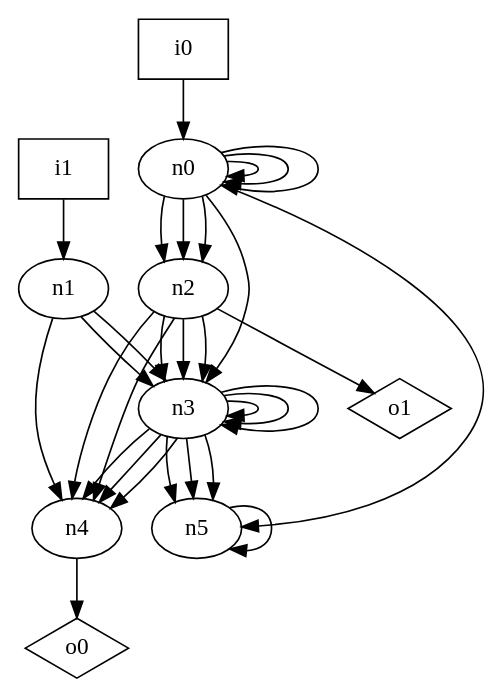
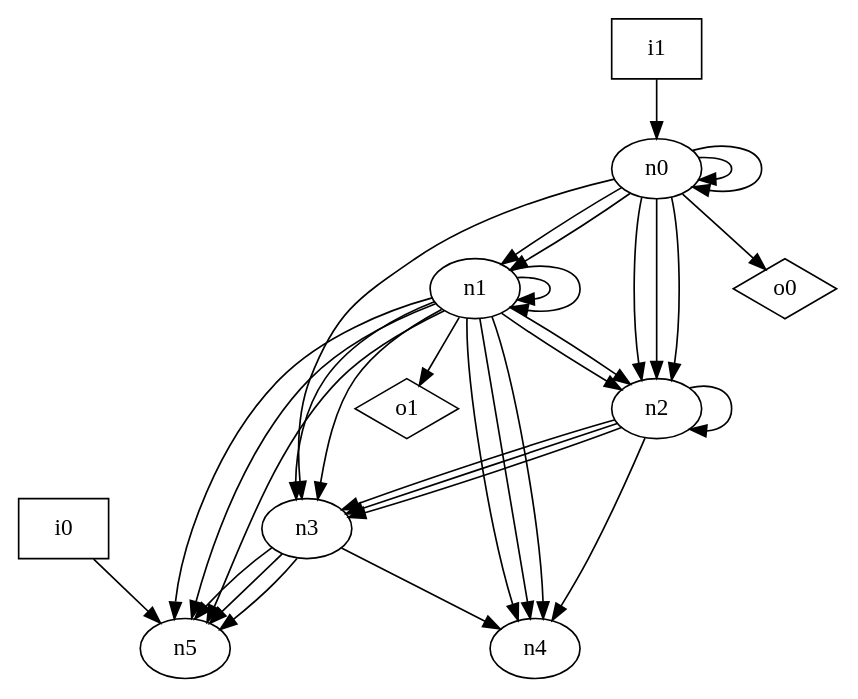
One commit to p9romain/bool-circuits changed the diagram in dot_files/random/random_DAG_graph.dot. Above: the diagram before and after it, drawn with Graphviz. The commit also changed 30 other files, not shown here.

```diff
--- a/dot_files/random/random_DAG_graph.dot
+++ b/dot_files/random/random_DAG_graph.dot
@@ -1,42 +1,45 @@
 digraph G {
 n0 [label="n0"];
 n1 [label="n1"];
 n2 [label="n2"];
 n3 [label="n3"];
 n4 [label="n4"];
 n5 [label="n5"];
 n6 [label="i0",shape="box"];
 n7 [label="i1",shape="box"];
 n8 [label="o0",shape="diamond"];
 n9 [label="o1",shape="diamond"];
 n0 -> n0
 n0 -> n0
-n0 -> n0
+n0 -> n1
+n0 -> n1
 n0 -> n2
 n0 -> n2
 n0 -> n2
 n0 -> n3
-n0 -> n5
+n0 -> n8
+n1 -> n1
+n1 -> n1
+n1 -> n2
+n1 -> n2
 n1 -> n3
 n1 -> n3
 n1 -> n4
+n1 -> n4
+n1 -> n4
+n1 -> n5
+n1 -> n5
+n1 -> n5
+n1 -> n9
+n2 -> n2
 n2 -> n3
 n2 -> n3
 n2 -> n3
 n2 -> n4
-n2 -> n4
-n2 -> n9
-n3 -> n3
-n3 -> n3
-n3 -> n3
-n3 -> n4
-n3 -> n4
 n3 -> n4
 n3 -> n5
 n3 -> n5
 n3 -> n5
-n4 -> n8
-n5 -> n5
-n6 -> n0
-n7 -> n1
+n6 -> n5
+n7 -> n0
 }
```
